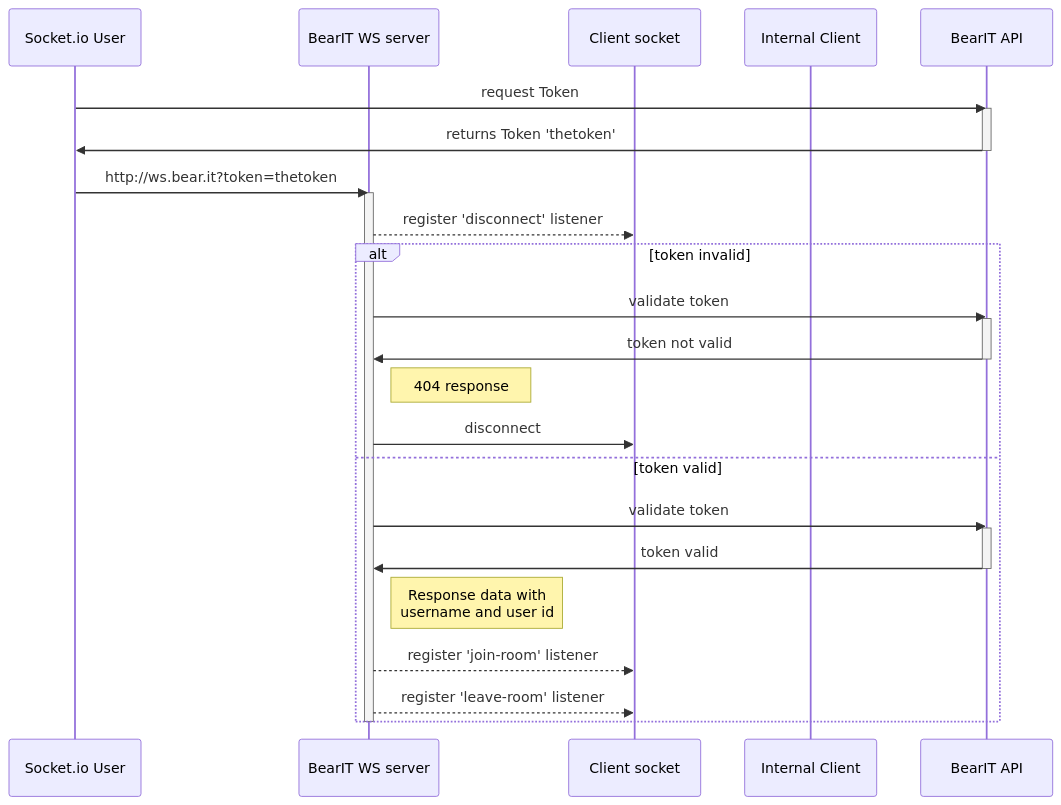
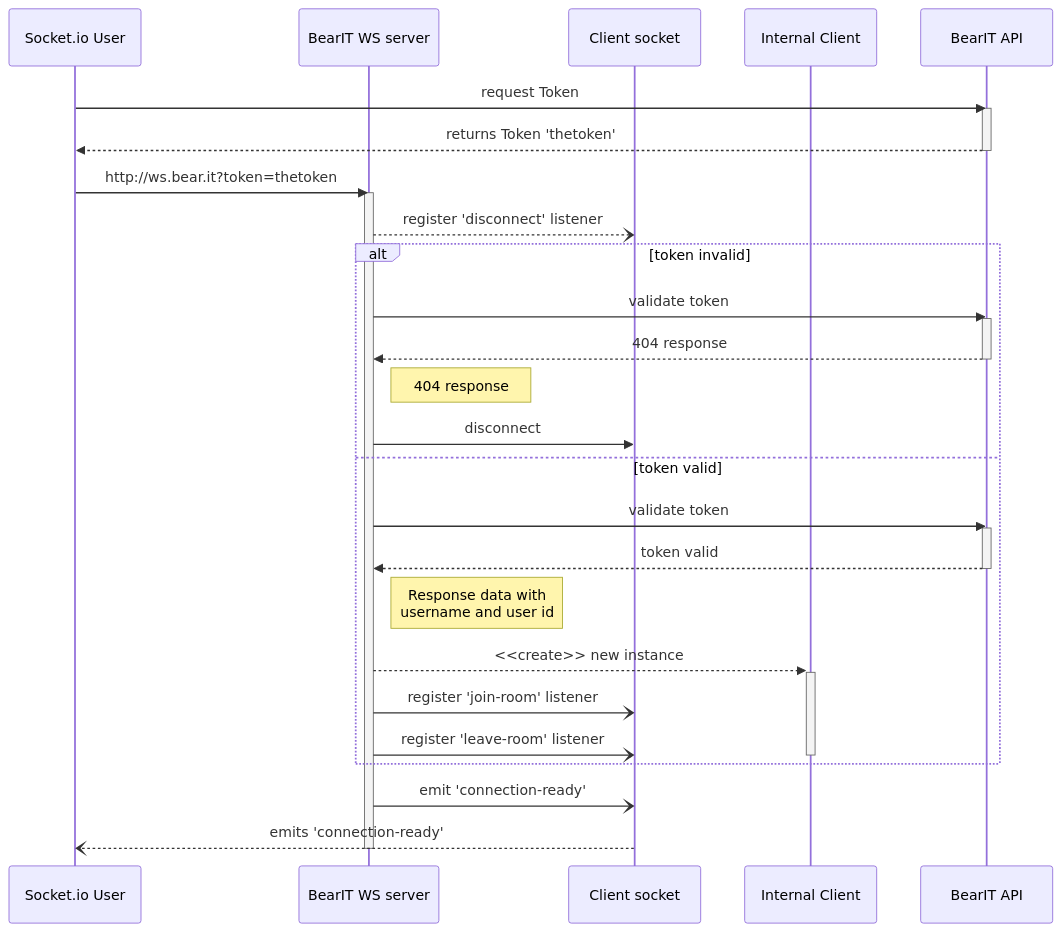
The diagram in docs/diagrams/connect_event.mmd (uc-group/bear-it-ws-server), drawn with Mermaid before and after one commit. The commit also changed 9 other files, not shown here.

```diff
--- a/docs/diagrams/connect_event.mmd
+++ b/docs/diagrams/connect_event.mmd
@@ -1,35 +1,39 @@
 sequenceDiagram
 
   participant U as Socket.io User
   participant WS as BearIT WS server
   participant S as Client socket
   participant WSC as Internal Client
   participant B as BearIT API
 
   U ->> B: request Token
   activate B
-  B ->> U: returns Token 'thetoken'
+  B -->> U: returns Token 'thetoken'
   deactivate B
 
   U ->> WS: http://ws.bear.it?token=thetoken
   activate WS
-  WS -->> S: register 'disconnect' listener
+  WS --) S: register 'disconnect' listener
   
   alt token invalid
     WS ->> B: validate token
     activate B
-    B ->> WS: token not valid
+    B -->> WS: 404 response
     deactivate B
     Note right of WS: 404 response
     WS ->> S: disconnect
   else token valid
     WS ->> B: validate token
     activate B
-    B ->> WS: token valid
+    B -->> WS: token valid
     deactivate B
     Note right of WS: Response data with<br>username and user id
-    WS -->> S: register 'join-room' listener
-    WS -->> S: register 'leave-room' listener
+    WS -->> +WSC: <<create>> new instance
+    WS -) S: register 'join-room' listener
+    WS -) S: register 'leave-room' listener
+    deactivate WSC
   end
   
+    WS -) S: emit 'connection-ready'
+    S --) U: emits 'connection-ready'
   deactivate WS
```
